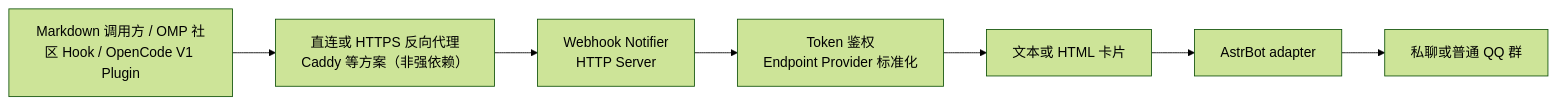
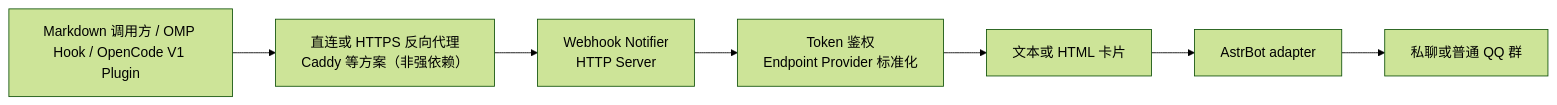
Before and after one commit to AsterleedsGuild0/astrbot_plugin_webhook_notifier: the diagram in README.md, drawn with Mermaid (forest theme). The commit also changed other lines of this file and 10 other files, not shown here.

First line of the commit message:
feat(omp): 纳入自维护 Hook 与部署基线

````diff
--- a/README.md
+++ b/README.md
@@ -35,6 +35,6 @@
 ```mermaid
 flowchart LR
-    A["Markdown 调用方 / OMP 社区 Hook / OpenCode V1 Plugin"] --> C["直连或 HTTPS 反向代理<br/>Caddy 等方案（非强依赖）"]
+    A["Markdown 调用方 / OMP Hook / OpenCode V1 Plugin"] --> C["直连或 HTTPS 反向代理<br/>Caddy 等方案（非强依赖）"]
     C --> D["Webhook Notifier<br/>HTTP Server"] --> E["Token 鉴权<br/>Endpoint Provider 标准化"]
     E --> F["文本或 HTML 卡片"] --> G["AstrBot adapter"] --> H["私聊或普通 QQ 群"]
 ```
````
